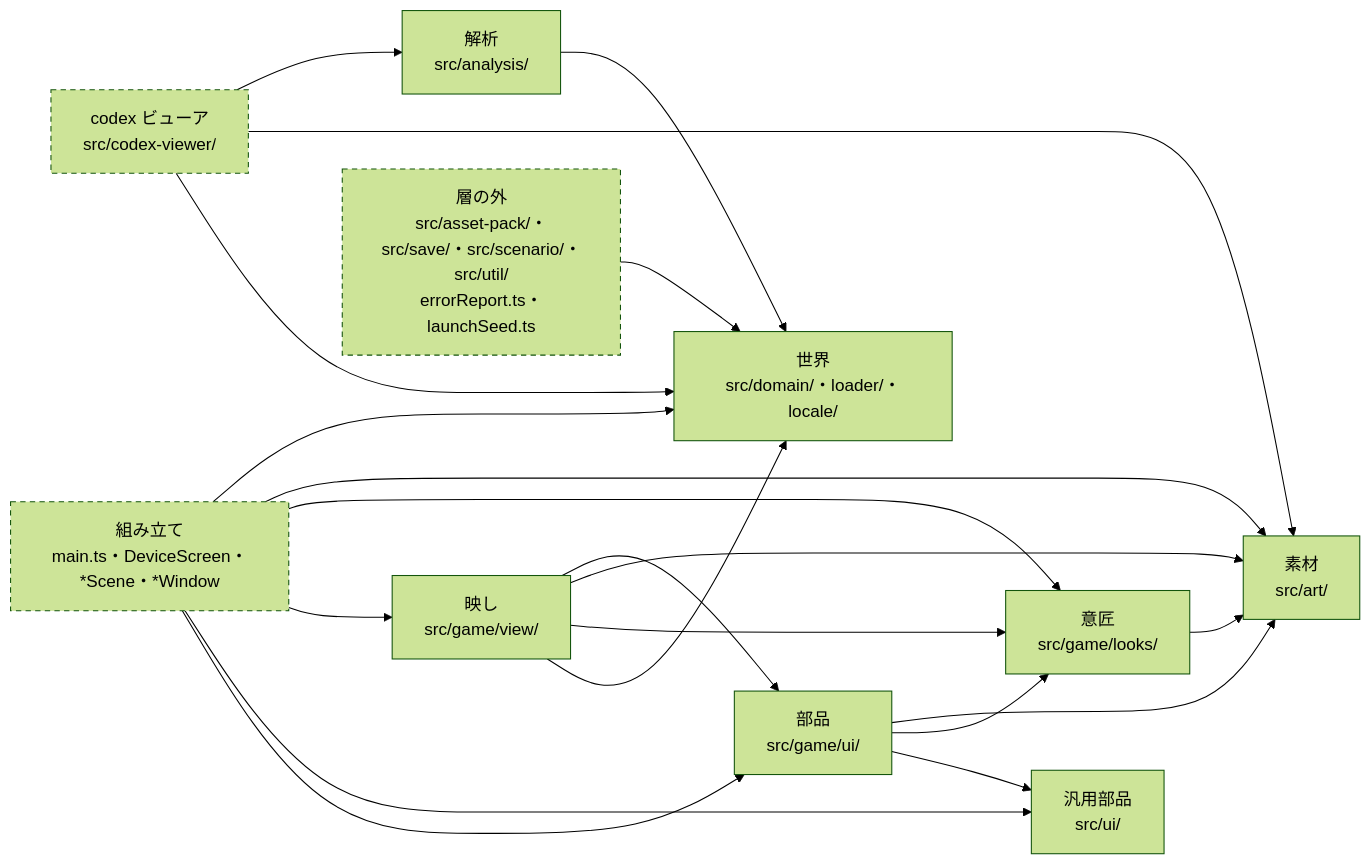
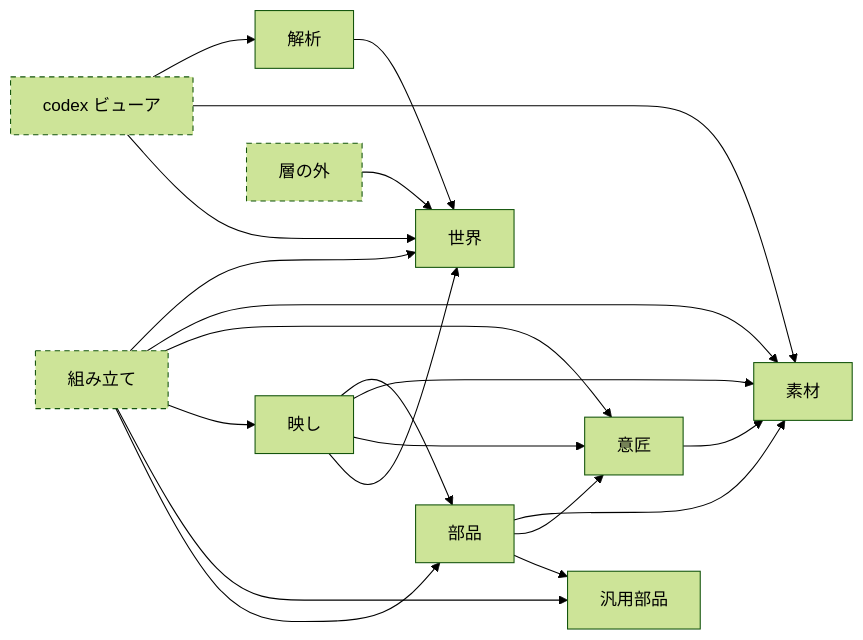
Before and after one commit to gooyyu1/UnmappedIsland: the diagram in docs/CodeStructure.md, drawn with Mermaid (forest theme). The commit also changed other lines of this file and 3 other files, not shown here.

````diff
--- a/docs/CodeStructure.md
+++ b/docs/CodeStructure.md
@@ -70,24 +71,24 @@
 ```mermaid
 flowchart LR
-    Assembly["組み立て<br/>main.ts・DeviceScreen・*Scene・*Window"]
-    Parts["部品<br/>src/game/ui/"]
-    Common["汎用部品<br/>src/ui/"]
-    Looks["意匠<br/>src/game/looks/"]
-    Art["素材<br/>src/art/"]
-    View["映し<br/>src/game/view/"]
-    World["世界<br/>src/domain/・loader/・locale/"]
-    Analysis["解析<br/>src/analysis/"]
-    Outside["層の外<br/>src/asset-pack/・src/save/・src/scenario/・src/util/<br/>errorReport.ts・launchSeed.ts"]
-    Codex["codex ビューア<br/>src/codex-viewer/"]
+    Assembly["組み立て"]
+    Parts["部品"]
+    Common["汎用部品"]
+    Looks["意匠"]
+    Art["素材"]
+    View["映し"]
+    World["世界"]
+    Analysis["解析"]
+    Outside["層の外"]
+    Codex["codex ビューア"]
 
     Assembly --> Parts & Common & View & Looks & Art & World
     Parts --> Common & Looks & Art
     View --> World & Looks & Art & Parts
     Looks --> Art
     Analysis --> World
     Outside --> World
     Codex --> World & Art & Analysis
 
     classDef notLayer stroke-dasharray: 5 4
     class Assembly,Outside,Codex notLayer
 ```
````
